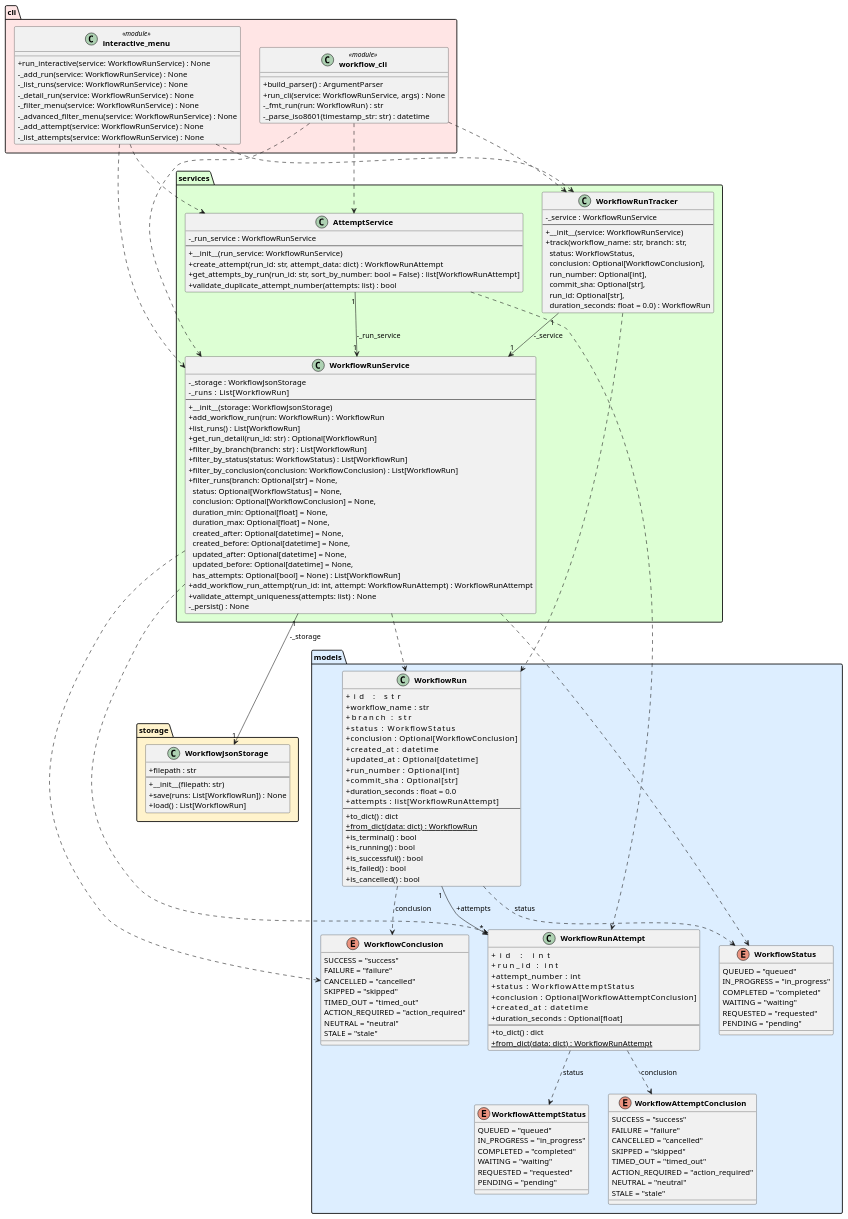
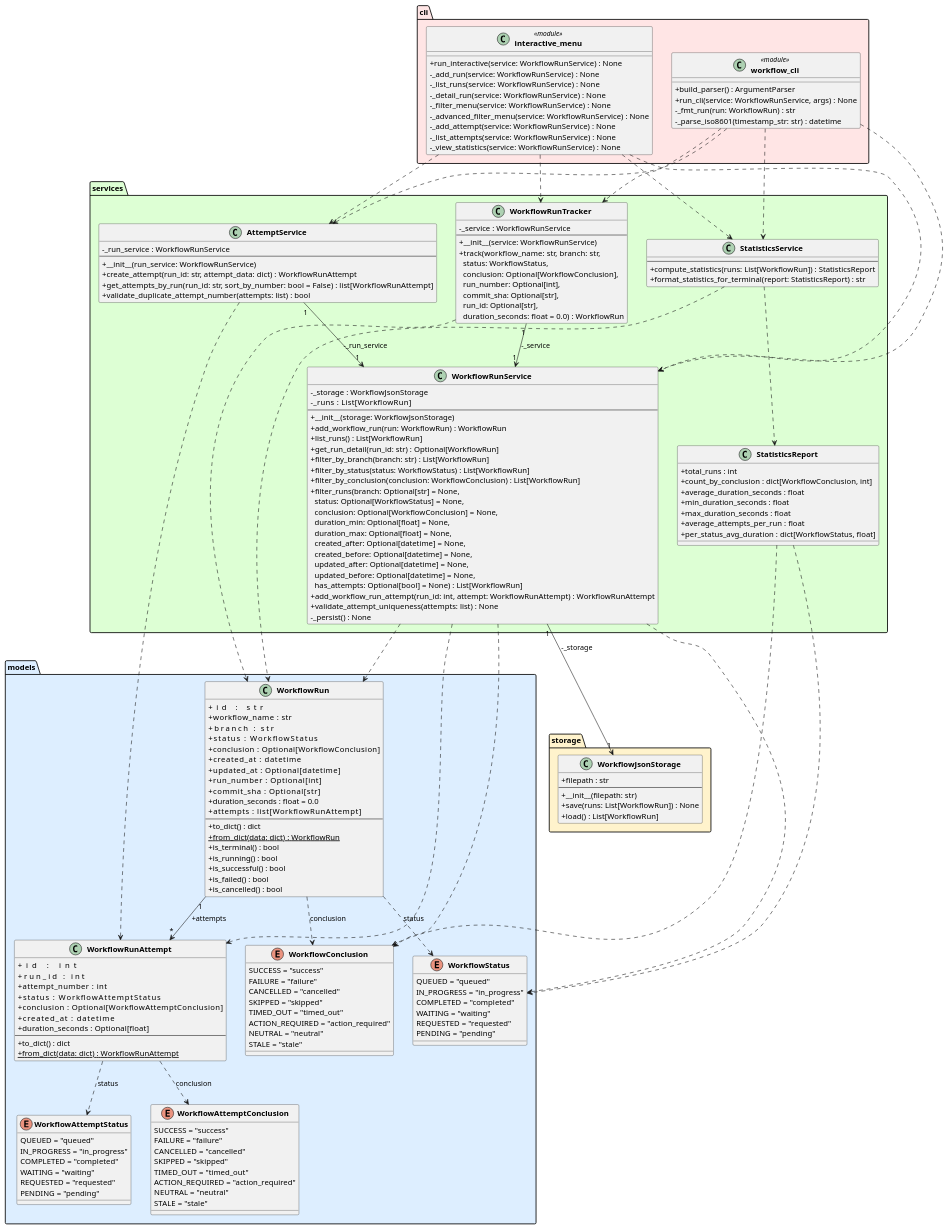
One commit to DanielRiha8906/Software_autoevolution_using_agents changed the diagram in experiments/supervisor_as_tools/user_stories/github-workflow-manager/artifacts/class_diagram.puml. Above: the diagram before and after it, drawn with PlantUML. The commit also changed 10 other files, not shown here.

First line of the commit message:
Add aggregated statistics over stored workflow runs

```diff
--- a/experiments/supervisor_as_tools/user_stories/github-workflow-manager/artifacts/class_diagram.puml
+++ b/experiments/supervisor_as_tools/user_stories/github-workflow-manager/artifacts/class_diagram.puml
@@ -1,169 +1,191 @@
 @startuml class_diagram
 
 skinparam classAttributeIconSize 0
 skinparam classFontStyle bold
 
 package "models" #DDEEFF {
     enum WorkflowStatus {
         QUEUED = "queued"
         IN_PROGRESS = "in_progress"
         COMPLETED = "completed"
         WAITING = "waiting"
         REQUESTED = "requested"
         PENDING = "pending"
     }
 
     enum WorkflowConclusion {
         SUCCESS = "success"
         FAILURE = "failure"
         CANCELLED = "cancelled"
         SKIPPED = "skipped"
         TIMED_OUT = "timed_out"
         ACTION_REQUIRED = "action_required"
         NEUTRAL = "neutral"
         STALE = "stale"
     }
 
     enum WorkflowAttemptStatus {
         QUEUED = "queued"
         IN_PROGRESS = "in_progress"
         COMPLETED = "completed"
         WAITING = "waiting"
         REQUESTED = "requested"
         PENDING = "pending"
     }
 
     enum WorkflowAttemptConclusion {
         SUCCESS = "success"
         FAILURE = "failure"
         CANCELLED = "cancelled"
         SKIPPED = "skipped"
         TIMED_OUT = "timed_out"
         ACTION_REQUIRED = "action_required"
         NEUTRAL = "neutral"
         STALE = "stale"
     }
 
     class WorkflowRun {
         +id               : str
         +workflow_name    : str
         +branch           : str
         +status           : WorkflowStatus
         +conclusion       : Optional[WorkflowConclusion]
         +created_at       : datetime
         +updated_at       : Optional[datetime]
         +run_number       : Optional[int]
         +commit_sha       : Optional[str]
         +duration_seconds : float = 0.0
         +attempts         : list[WorkflowRunAttempt]
         --
         +to_dict() : dict
         +{static} from_dict(data: dict) : WorkflowRun
         +is_terminal() : bool
         +is_running() : bool
         +is_successful() : bool
         +is_failed() : bool
         +is_cancelled() : bool
     }
 
     class WorkflowRunAttempt {
         +id                 : int
         +run_id             : int
         +attempt_number     : int
         +status             : WorkflowAttemptStatus
         +conclusion         : Optional[WorkflowAttemptConclusion]
         +created_at         : datetime
         +duration_seconds   : Optional[float]
         --
         +to_dict() : dict
         +{static} from_dict(data: dict) : WorkflowRunAttempt
     }
 }
 
 package "storage" #FFF3CC {
     class WorkflowJsonStorage {
         +filepath : str
         --
         +__init__(filepath: str)
         +save(runs: List[WorkflowRun]) : None
         +load() : List[WorkflowRun]
     }
 }
 
 package "services" #DDFFD4 {
+    class StatisticsReport {
+        +total_runs : int
+        +count_by_conclusion : dict[WorkflowConclusion, int]
+        +average_duration_seconds : float
+        +min_duration_seconds : float
+        +max_duration_seconds : float
+        +average_attempts_per_run : float
+        +per_status_avg_duration : dict[WorkflowStatus, float]
+    }
     class WorkflowRunService {
         -_storage : WorkflowJsonStorage
         -_runs    : List[WorkflowRun]
         --
         +__init__(storage: WorkflowJsonStorage)
         +add_workflow_run(run: WorkflowRun) : WorkflowRun
         +list_runs() : List[WorkflowRun]
         +get_run_detail(run_id: str) : Optional[WorkflowRun]
         +filter_by_branch(branch: str) : List[WorkflowRun]
         +filter_by_status(status: WorkflowStatus) : List[WorkflowRun]
         +filter_by_conclusion(conclusion: WorkflowConclusion) : List[WorkflowRun]
         +filter_runs(branch: Optional[str] = None,\n  status: Optional[WorkflowStatus] = None,\n  conclusion: Optional[WorkflowConclusion] = None,\n  duration_min: Optional[float] = None,\n  duration_max: Optional[float] = None,\n  created_after: Optional[datetime] = None,\n  created_before: Optional[datetime] = None,\n  updated_after: Optional[datetime] = None,\n  updated_before: Optional[datetime] = None,\n  has_attempts: Optional[bool] = None) : List[WorkflowRun]
         +add_workflow_run_attempt(run_id: int, attempt: WorkflowRunAttempt) : WorkflowRunAttempt
         +validate_attempt_uniqueness(attempts: list) : None
         -_persist() : None
     }
 
     class WorkflowRunTracker {
         -_service : WorkflowRunService
         --
         +__init__(service: WorkflowRunService)
         +track(workflow_name: str, branch: str,\n  status: WorkflowStatus,\n  conclusion: Optional[WorkflowConclusion],\n  run_number: Optional[int],\n  commit_sha: Optional[str],\n  run_id: Optional[str],\n  duration_seconds: float = 0.0) : WorkflowRun
     }
 
     class AttemptService {
         -_run_service : WorkflowRunService
         --
         +__init__(run_service: WorkflowRunService)
         +create_attempt(run_id: str, attempt_data: dict) : WorkflowRunAttempt
         +get_attempts_by_run(run_id: str, sort_by_number: bool = False) : list[WorkflowRunAttempt]
         +validate_duplicate_attempt_number(attempts: list) : bool
     }
+
+    class StatisticsService {
+        --
+        +compute_statistics(runs: List[WorkflowRun]) : StatisticsReport
+        +format_statistics_for_terminal(report: StatisticsReport) : str
+    }
 }
 
 package "cli" #FFE5E5 {
     class "workflow_cli" <<module>> {
         +build_parser() : ArgumentParser
         +run_cli(service: WorkflowRunService, args) : None
         -_fmt_run(run: WorkflowRun) : str
         -_parse_iso8601(timestamp_str: str) : datetime
     }
 
     class "interactive_menu" <<module>> {
         +run_interactive(service: WorkflowRunService) : None
         -_add_run(service: WorkflowRunService) : None
         -_list_runs(service: WorkflowRunService) : None
         -_detail_run(service: WorkflowRunService) : None
         -_filter_menu(service: WorkflowRunService) : None
         -_advanced_filter_menu(service: WorkflowRunService) : None
         -_add_attempt(service: WorkflowRunService) : None
         -_list_attempts(service: WorkflowRunService) : None
+        -_view_statistics(service: WorkflowRunService) : None
     }
 }
 
 WorkflowRun                ..>  WorkflowStatus           : status
 WorkflowRun                ..>  WorkflowConclusion       : conclusion
 WorkflowRun            "1" --> "*" WorkflowRunAttempt    : +attempts
 WorkflowRunAttempt         ..>  WorkflowAttemptStatus    : status
 WorkflowRunAttempt         ..>  WorkflowAttemptConclusion : conclusion
 WorkflowRunService    "1" --> "1" WorkflowJsonStorage : -_storage
 WorkflowRunService         ..>  WorkflowRun
 WorkflowRunService         ..>  WorkflowStatus
 WorkflowRunService         ..>  WorkflowConclusion
 WorkflowRunService         ..>  WorkflowRunAttempt
 WorkflowRunTracker    "1" --> "1" WorkflowRunService  : -_service
 WorkflowRunTracker         ..>  WorkflowRun
 AttemptService       "1" --> "1" WorkflowRunService  : -_run_service
 AttemptService             ..>  WorkflowRunAttempt
+StatisticsService          ..>  WorkflowRun
+StatisticsService          ..>  StatisticsReport
+StatisticsReport           ..>  WorkflowConclusion
+StatisticsReport           ..>  WorkflowStatus
 "workflow_cli"             ..>  WorkflowRunService
 "workflow_cli"             ..>  WorkflowRunTracker
 "workflow_cli"             ..>  AttemptService
+"workflow_cli"             ..>  StatisticsService
 "interactive_menu"         ..>  WorkflowRunService
 "interactive_menu"         ..>  WorkflowRunTracker
 "interactive_menu"         ..>  AttemptService
+"interactive_menu"         ..>  StatisticsService
 
 @enduml
```
